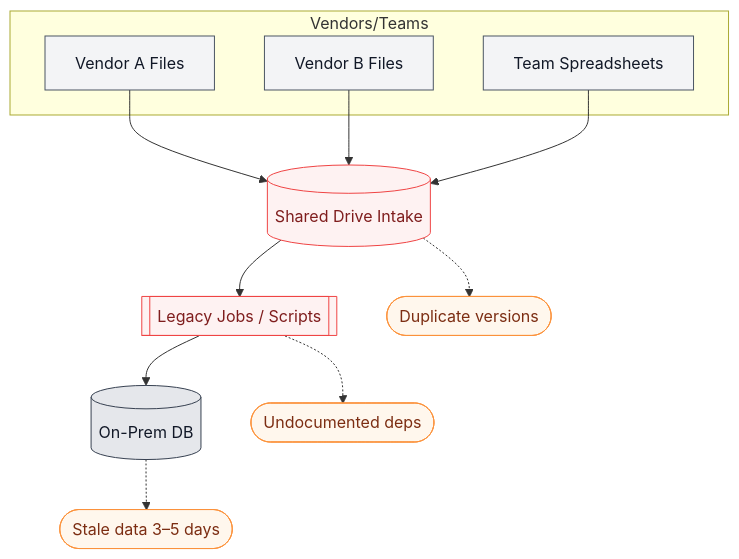
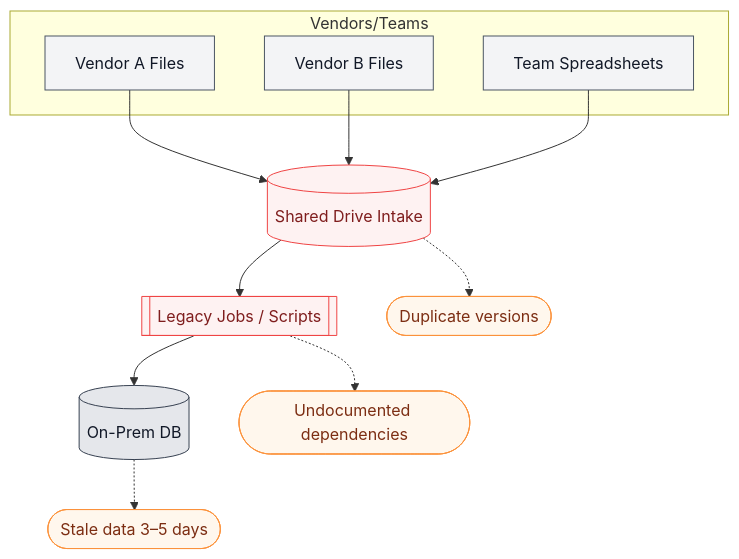
One commit to mlogan914/mlogan914.github.io changed the first of 2 diagrams in _pages/services.md. Above: the diagram before and after it, drawn with Mermaid. The commit also changed other lines of this file, not shown here.

````diff
--- a/_pages/services.md
+++ b/_pages/services.md
@@ -48,33 +48,33 @@
-``` mermaid
+```mermaid
+%%{init: {'theme': 'default', 'themeVariables': { 'background': '#f9fafb' }}}%%
 flowchart TD
-  %% Layout
   classDef bad fill:#fef2f2,stroke:#ef4444,color:#7f1d1d
   classDef neutral fill:#f3f4f6,stroke:#4b5563,color:#111827
   classDef store fill:#e5e7eb,stroke:#374151,color:#111827
   classDef pain fill:#fff7ed,stroke:#fb923c,color:#7c2d12
 
   subgraph Vendors/Teams
     V1[Vendor A Files]:::neutral
     V2[Vendor B Files]:::neutral
     T1[Team Spreadsheets]:::neutral
   end
 
   SD[(Shared Drive Intake)]:::bad
   LJ[[Legacy Jobs / Scripts]]:::bad
   OP[(On-Prem DB)]:::store
 
   V1 --> SD
   V2 --> SD
   T1 --> SD
   SD --> LJ
   LJ --> OP
 
-  %% Pain points - anchored so they render near related node
   P1([Duplicate versions]):::pain
-  P2([Undocumented deps]):::pain
+  P2([Undocumented dependencies]):::pain
   P3([Stale data 3–5 days]):::pain
 
   SD -.-> P1
   LJ -.-> P2
   OP -.-> P3
+
 ```
````
